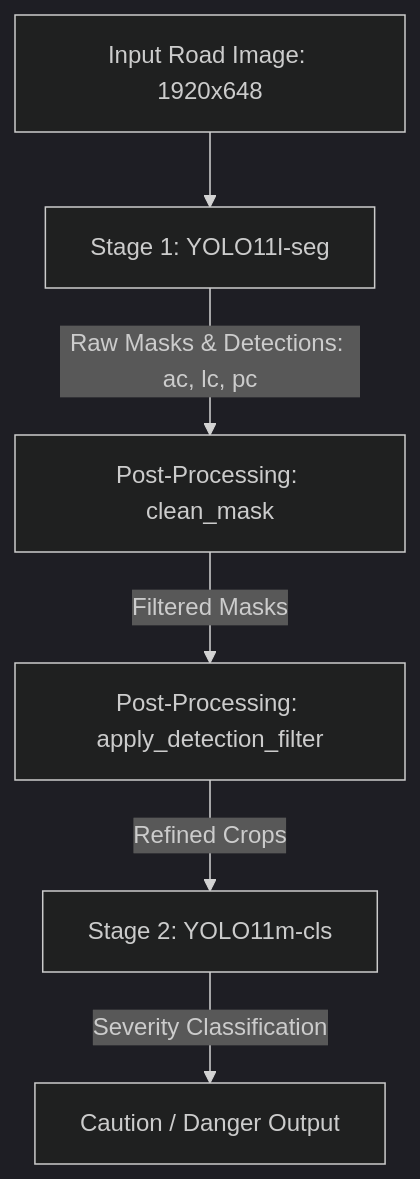
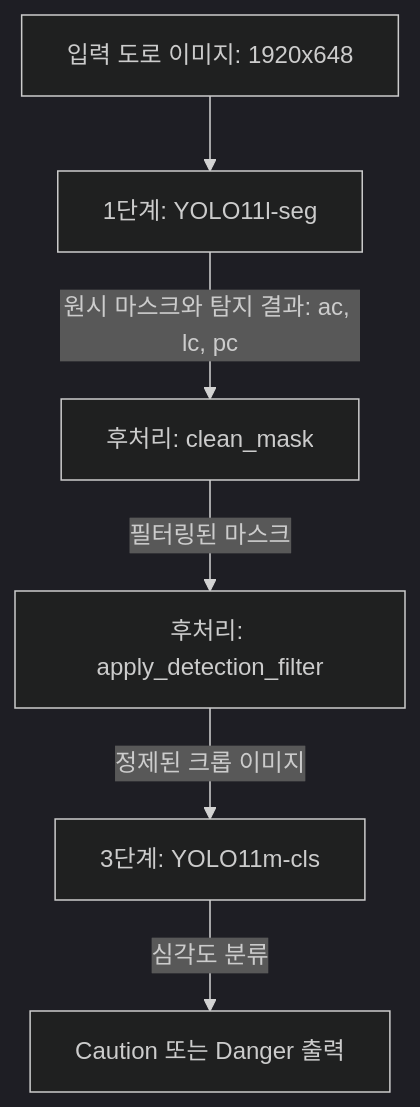
One commit to AlexL71/dadaboev-portfolio changed the diagram in src/pages/ko/research-and-projects/road-damage-detection.md. Above: the diagram before and after it, drawn with Mermaid (dark theme). The commit also changed other lines of this file and 27 other files, not shown here.

````diff
--- a/src/pages/ko/research-and-projects/road-damage-detection.md
+++ b/src/pages/ko/research-and-projects/road-damage-detection.md
@@ -34,8 +34,8 @@
 ```mermaid
 graph TD
-    A[Input Road Image: 1920x648] --> B[Stage 1: YOLO11l-seg]
-    B -->|Raw Masks & Detections: ac, lc, pc| C[Post-Processing: clean_mask]
-    C -->|Filtered Masks| D[Post-Processing: apply_detection_filter]
-    D -->|Refined Crops| E[Stage 2: YOLO11m-cls]
-    E -->|Severity Classification| F[Caution / Danger Output]
+    A[입력 도로 이미지: 1920x648] --> B[1단계: YOLO11l-seg]
+    B -->|원시 마스크와 탐지 결과: ac, lc, pc| C[후처리: clean_mask]
+    C -->|필터링된 마스크| D[후처리: apply_detection_filter]
+    D -->|정제된 크롭 이미지| E[3단계: YOLO11m-cls]
+    E -->|심각도 분류| F[Caution 또는 Danger 출력]
 ```
````
